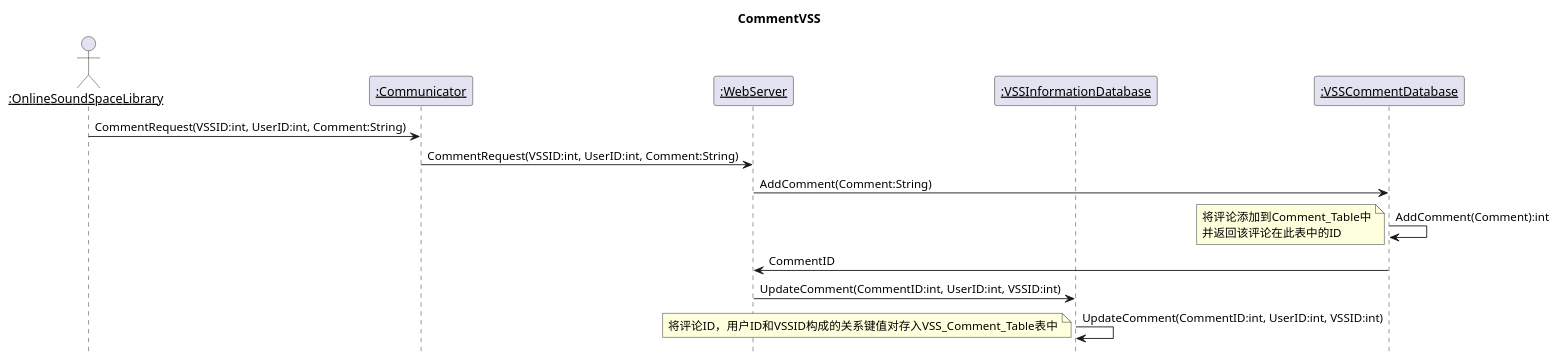
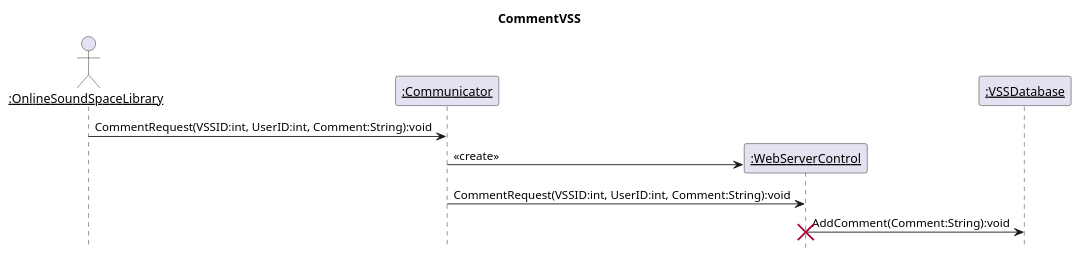
One commit to kpp19920121/doc changed diagram 23 of 39 in 设计/顺序图.md. Above: the diagram before and after it, drawn with PlantUML. The commit also changed other lines of this file, not shown here.

Commit message:
更新了含服务器端部分的顺序图

````diff
--- a/设计/顺序图.md
+++ b/设计/顺序图.md
@@ -771,21 +766,17 @@
 ```PlantUML
 @startuml Diagrams/CommentVSSServerSequenceDiagram
 title CommentVSS
 hide footbox
 skinparam sequenceParticipant underline
 actor ":OnlineSoundSpaceLibrary" as Client
 participant ":Communicator" as Communicator
-participant ":WebServer" as WebServer
-participant ":VSSInformationDatabase" as VSSInformationDatabase
-participant ":VSSCommentDatabase" as VSSCommentDatabase
-Client->Communicator:CommentRequest(VSSID:int, UserID:int, Comment:String)
-Communicator->WebServer:CommentRequest(VSSID:int, UserID:int, Comment:String)
-WebServer->VSSCommentDatabase:AddComment(Comment:String)
-VSSCommentDatabase->VSSCommentDatabase:AddComment(Comment):int
-note left: 将评论添加到Comment_Table中\n并返回该评论在此表中的ID
-VSSCommentDatabase->WebServer:CommentID
-WebServer->VSSInformationDatabase:UpdateComment(CommentID:int, UserID:int, VSSID:int)
-VSSInformationDatabase->VSSInformationDatabase:UpdateComment(CommentID:int, UserID:int, VSSID:int)
-note left: 将评论ID，用户ID和VSSID构成的关系键值对存入VSS_Comment_Table表中
+participant ":WebServerControl" as WebServer
+participant ":VSSDatabase" as VSSInformationDatabase
+Client->Communicator:CommentRequest(VSSID:int, UserID:int, Comment:String):void
+create WebServer
+Communicator->WebServer:<<create>>
+Communicator->WebServer:CommentRequest(VSSID:int, UserID:int, Comment:String):void
+WebServer->VSSInformationDatabase:AddComment(Comment:String):void
+destroy WebServer
 @enduml
 ```
````
